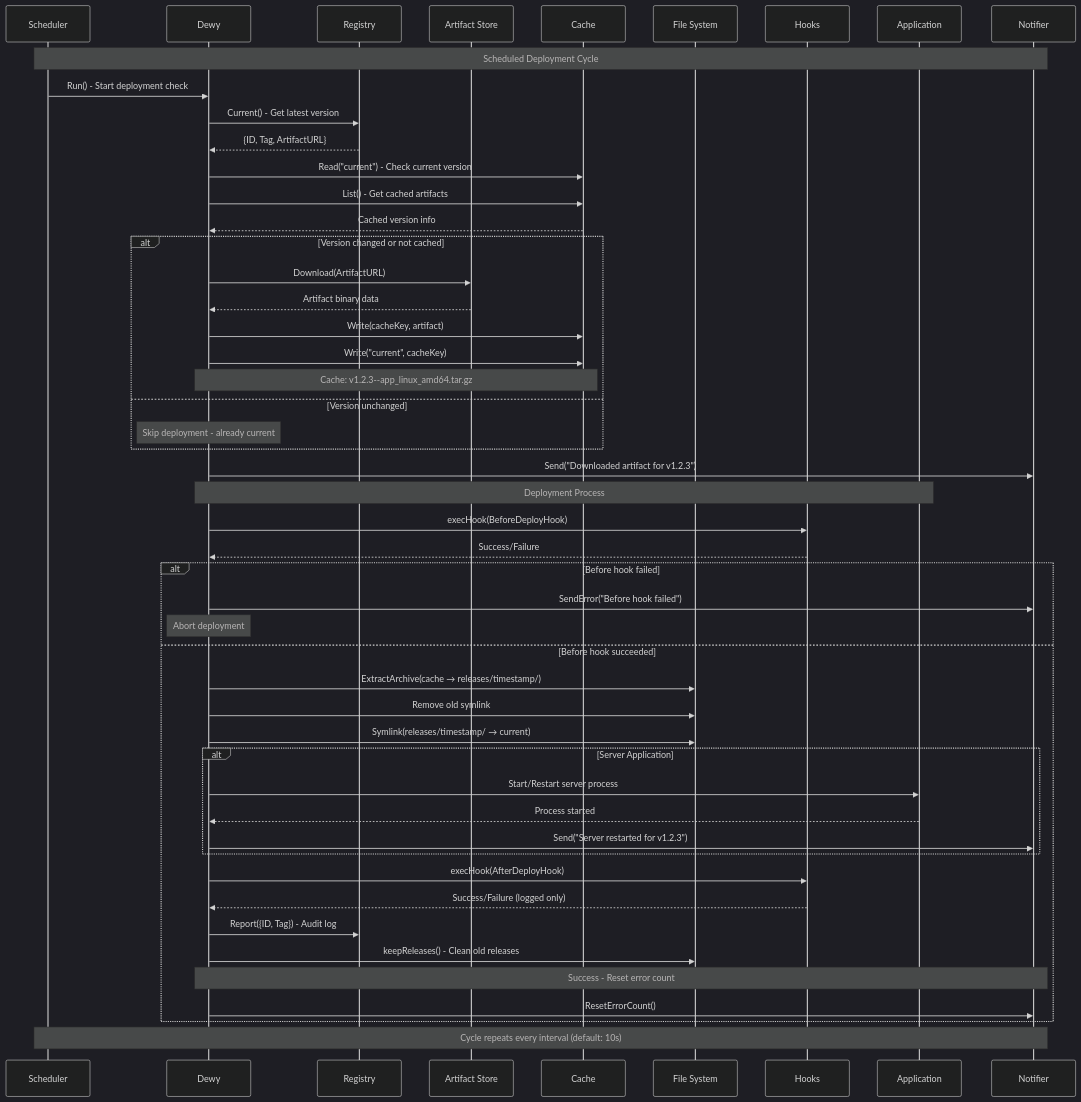
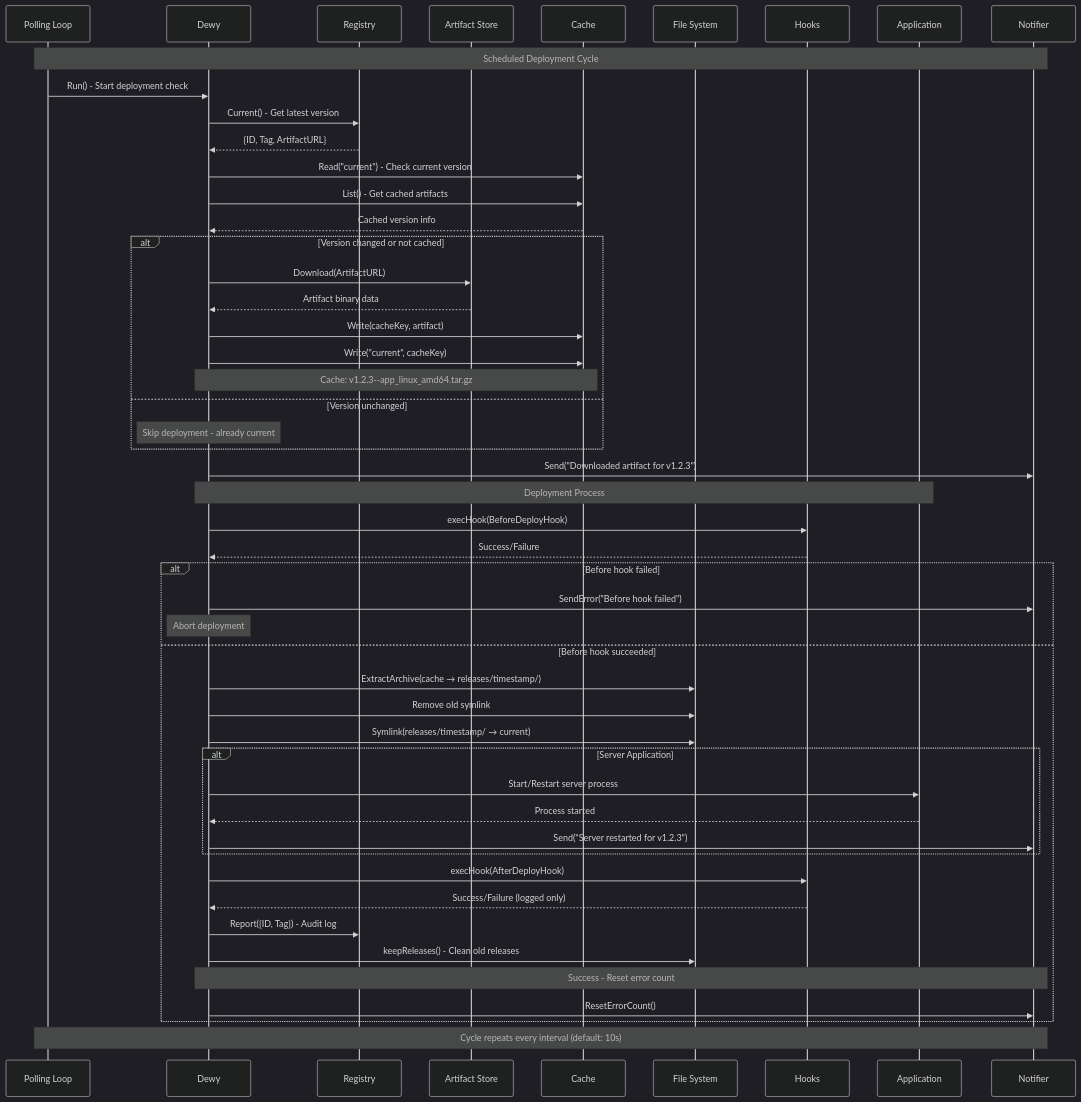
One commit to linyows/dewy changed the diagram in README.ja.md. Above: the diagram before and after it, drawn with Mermaid (dark theme). The commit also changed 8 other files, not shown here.

````diff
--- a/README.ja.md
+++ b/README.ja.md
@@ -483,65 +483,65 @@
 ```mermaid
 sequenceDiagram
-    participant S as Scheduler
+    participant S as Polling Loop
     participant D as Dewy
     participant R as Registry
     participant A as Artifact Store
     participant C as Cache
     participant F as File System
     participant H as Hooks
     participant App as Application
     participant N as Notifier
 
     Note over S,N: Scheduled Deployment Cycle
 
     S->>D: Run() - Start deployment check
     D->>R: Current() - Get latest version
     R-->>D: {ID, Tag, ArtifactURL}
 
     D->>C: Read("current") - Check current version
     D->>C: List() - Get cached artifacts
     C-->>D: Cached version info
 
     alt Version changed or not cached
         D->>A: Download(ArtifactURL)
         A-->>D: Artifact binary data
         D->>C: Write(cacheKey, artifact)
         D->>C: Write("current", cacheKey)
         Note over D,C: Cache: v1.2.3--app_linux_amd64.tar.gz
     else Version unchanged
         Note over D: Skip deployment - already current
     end
 
     D->>N: Send("Downloaded artifact for v1.2.3")
 
     Note over D,App: Deployment Process
 
     D->>H: execHook(BeforeDeployHook)
     H-->>D: Success/Failure
 
     alt Before hook failed
         D->>N: SendError("Before hook failed")
         Note over D: Abort deployment
     else Before hook succeeded
         D->>F: ExtractArchive(cache → releases/timestamp/)
         D->>F: Remove old symlink
         D->>F: Symlink(releases/timestamp/ → current)
 
         alt Server Application
             D->>App: Start/Restart server process
             App-->>D: Process started
             D->>N: Send("Server restarted for v1.2.3")
         end
 
         D->>H: execHook(AfterDeployHook)
         H-->>D: Success/Failure (logged only)
 
         D->>R: Report({ID, Tag}) - Audit log
         D->>F: keepReleases() - Clean old releases
 
         Note over D,N: Success - Reset error count
         D->>N: ResetErrorCount()
     end
 
     Note over S,N: Cycle repeats every interval (default: 10s)
 ```
````
